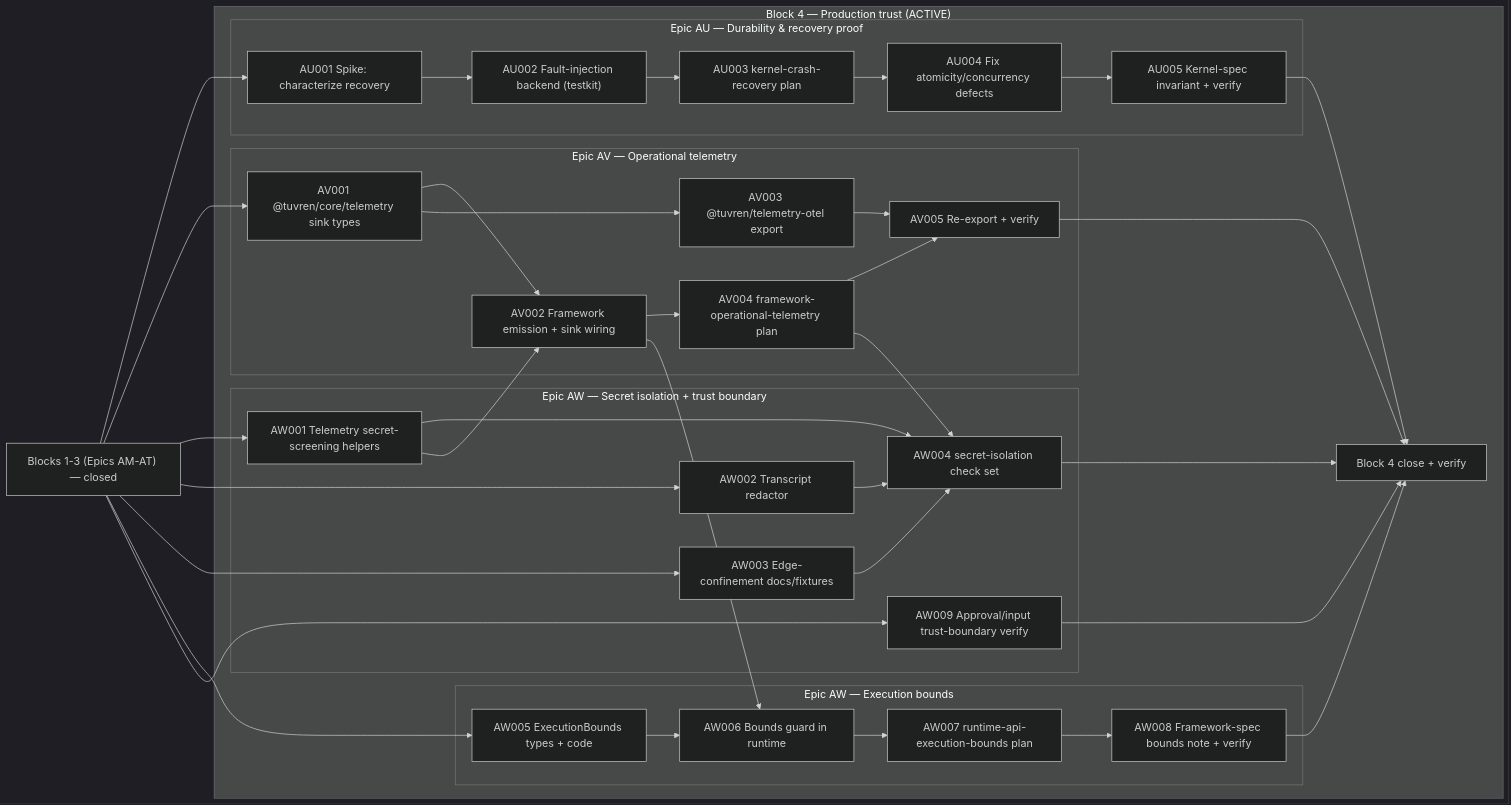
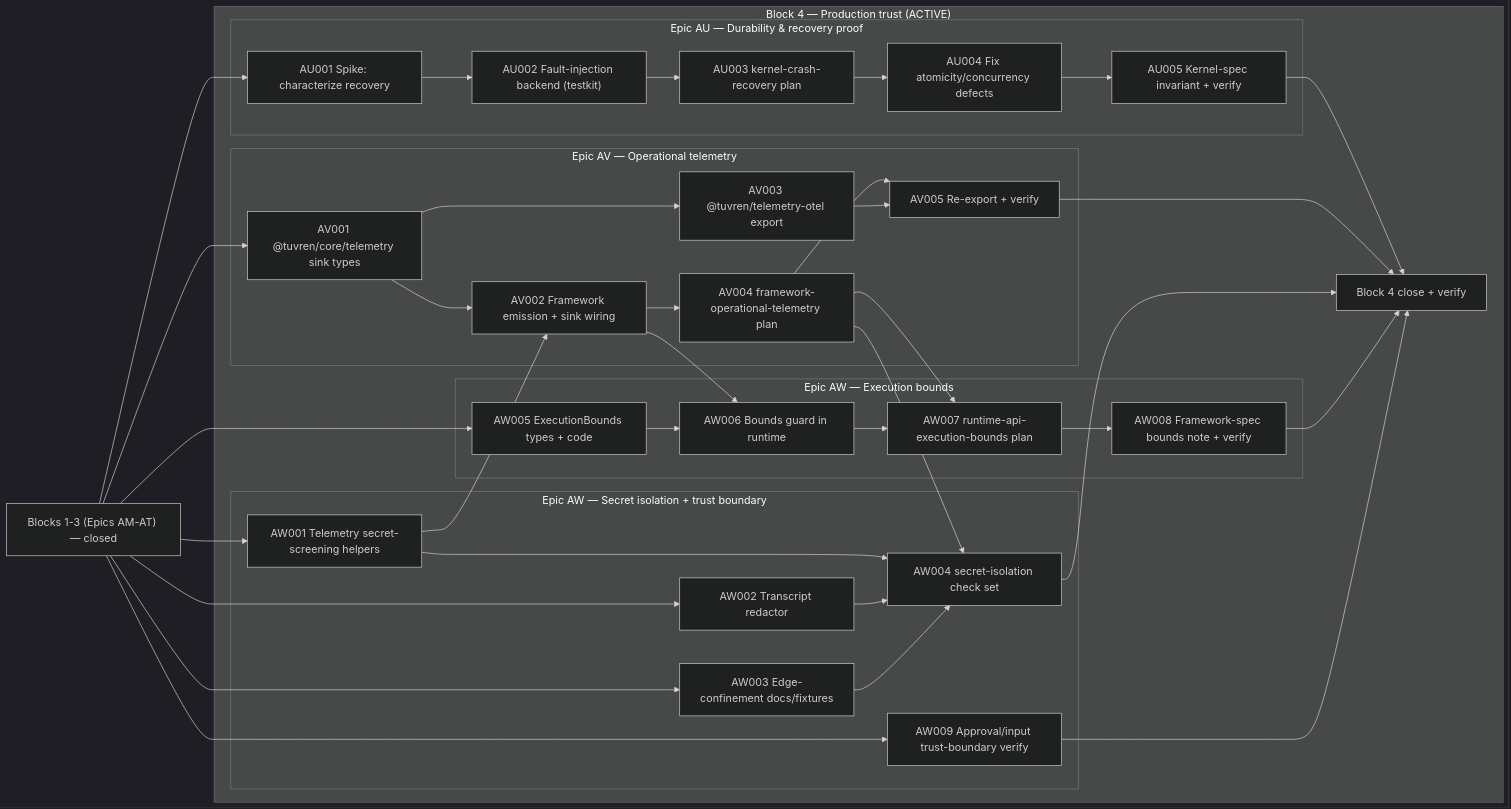
The diagram in constitution/Tasks.md (Tuvren/runtime), drawn with Mermaid (dark theme) before and after one commit. The commit also changed other lines of this file and 2 other files, not shown here.

````diff
--- a/constitution/Tasks.md
+++ b/constitution/Tasks.md
@@ -86,58 +86,59 @@
 ```mermaid
 flowchart LR
   closed["Blocks 1-3 (Epics AM-AT) — closed"]
 
   subgraph block4["Block 4 — Production trust (ACTIVE)"]
     subgraph au["Epic AU — Durability & recovery proof"]
       AU1["AU001 Spike: characterize recovery"]
       AU2["AU002 Fault-injection backend (testkit)"]
       AU3["AU003 kernel-crash-recovery plan"]
       AU4["AU004 Fix atomicity/concurrency defects"]
       AU5["AU005 Kernel-spec invariant + verify"]
       AU1 --> AU2 --> AU3 --> AU4 --> AU5
     end
     subgraph aw_sec["Epic AW — Secret isolation + trust boundary"]
       AW1["AW001 Telemetry secret-screening helpers"]
       AW2["AW002 Transcript redactor"]
       AW3["AW003 Edge-confinement docs/fixtures"]
       AW4["AW004 secret-isolation check set"]
       AW9["AW009 Approval/input trust-boundary verify"]
       AW1 --> AW4
       AW2 --> AW4
       AW3 --> AW4
     end
     subgraph av["Epic AV — Operational telemetry"]
       AV1["AV001 @tuvren/core/telemetry sink types"]
       AV2["AV002 Framework emission + sink wiring"]
       AV3["AV003 @tuvren/telemetry-otel export"]
       AV4["AV004 framework-operational-telemetry plan"]
       AV5["AV005 Re-export + verify"]
       AV1 --> AV2 --> AV4 --> AV5
       AV1 --> AV3 --> AV5
     end
     subgraph aw_bounds["Epic AW — Execution bounds"]
       AW5["AW005 ExecutionBounds types + code"]
       AW6["AW006 Bounds guard in runtime"]
       AW7["AW007 runtime-api-execution-bounds plan"]
       AW8["AW008 Framework-spec bounds note + verify"]
       AW5 --> AW6 --> AW7 --> AW8
     end
     trust_close["Block 4 close + verify"]
     AU5 --> trust_close
     AV5 --> trust_close
     AW4 --> trust_close
     AW8 --> trust_close
     AW9 --> trust_close
   end
 
   closed --> AU1
   closed --> AV1
   closed --> AW1
   closed --> AW2
   closed --> AW3
   closed --> AW5
   closed --> AW9
   AW1 --> AV2
   AV2 --> AW6
   AV4 --> AW4
+  AV4 --> AW7
 ```
````
